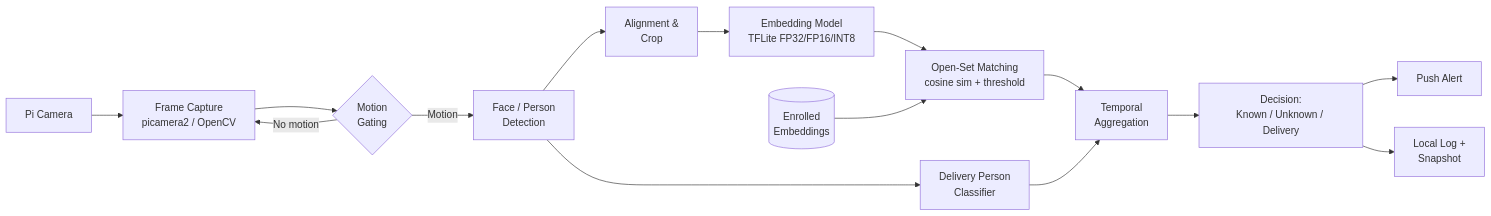
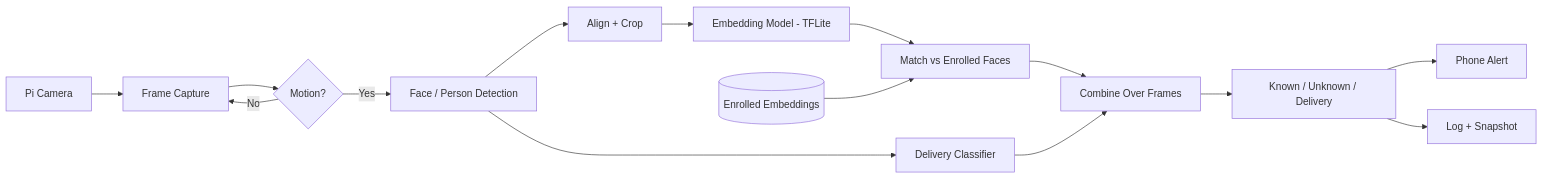
Before and after one commit to neural682/offline-smart-doorbell: the diagram in README.md, drawn with Mermaid. The commit also changed other lines of this file, not shown here.

````diff
--- a/README.md
+++ b/README.md
@@ -90,17 +41,17 @@
 ```mermaid
 flowchart LR
-    A[Pi Camera] --> B[Frame Capture<br/>picamera2 / OpenCV]
-    B --> M{Motion<br/>Gating}
-    M -- No motion --> B
-    M -- Motion --> C[Face / Person<br/>Detection]
-    C --> D[Alignment &<br/>Crop]
-    C --> H[Delivery Person<br/>Classifier]
-    D --> E[Embedding Model<br/>TFLite FP32/FP16/INT8]
-    E --> F[Open-Set Matching<br/>cosine sim + threshold]
-    G[(Enrolled<br/>Embeddings)] --> F
-    F --> T[Temporal<br/>Aggregation]
+    A[Pi Camera] --> B[Frame Capture]
+    B --> M{Motion?}
+    M -- No --> B
+    M -- Yes --> C[Face / Person Detection]
+    C --> D[Align + Crop]
+    C --> H[Delivery Classifier]
+    D --> E[Embedding Model - TFLite]
+    E --> F[Match vs Enrolled Faces]
+    G[(Enrolled Embeddings)] --> F
+    F --> T[Combine Over Frames]
     H --> T
-    T --> I[Decision:<br/>Known / Unknown / Delivery]
-    I --> J[Push Alert]
-    I --> K[Local Log +<br/>Snapshot]
+    T --> I[Known / Unknown / Delivery]
+    I --> J[Phone Alert]
+    I --> K[Log + Snapshot]
 ```
````
